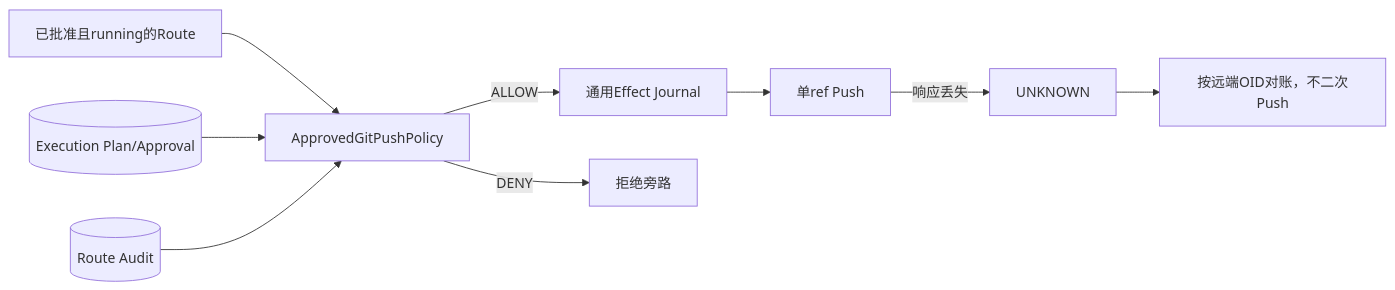
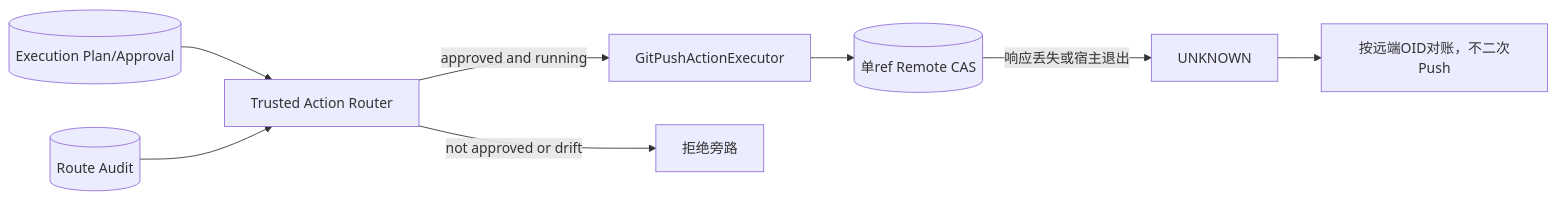
Before and after one commit to carrie1988/Harnessix: diagram 14 of 16 in docs/modules/execution.md, drawn with Mermaid. The commit also changed other lines of this file and 16 other files, not shown here.

Commit message:
refactor: 将 Git Push 收敛至 Trusted Action

````diff
--- a/docs/modules/execution.md
+++ b/docs/modules/execution.md
@@ -781,11 +779,10 @@
 ```mermaid
 flowchart LR
-    ApprovedRoute[已批准且running的Route] --> Gate[ApprovedGitPushPolicy]
-    PlanStore[(Execution Plan/Approval)] --> Gate
-    Audit[(Route Audit)] --> Gate
-    Gate -->|ALLOW| ActionPlane[通用Effect Journal]
-    Gate -->|DENY| Stop[拒绝旁路]
-    ActionPlane --> Push[单ref Push]
-    Push -->|响应丢失| Unknown[UNKNOWN]
+    PlanStore[(Execution Plan/Approval)] --> Router[Trusted Action Router]
+    Audit[(Route Audit)] --> Router
+    Router -->|approved and running| Push[GitPushActionExecutor]
+    Router -->|not approved or drift| Stop[拒绝旁路]
+    Push --> Remote[(单ref Remote CAS)]
+    Remote -->|响应丢失或宿主退出| Unknown[UNKNOWN]
     Unknown --> Reconcile[按远端OID对账，不二次Push]
 ```
````
